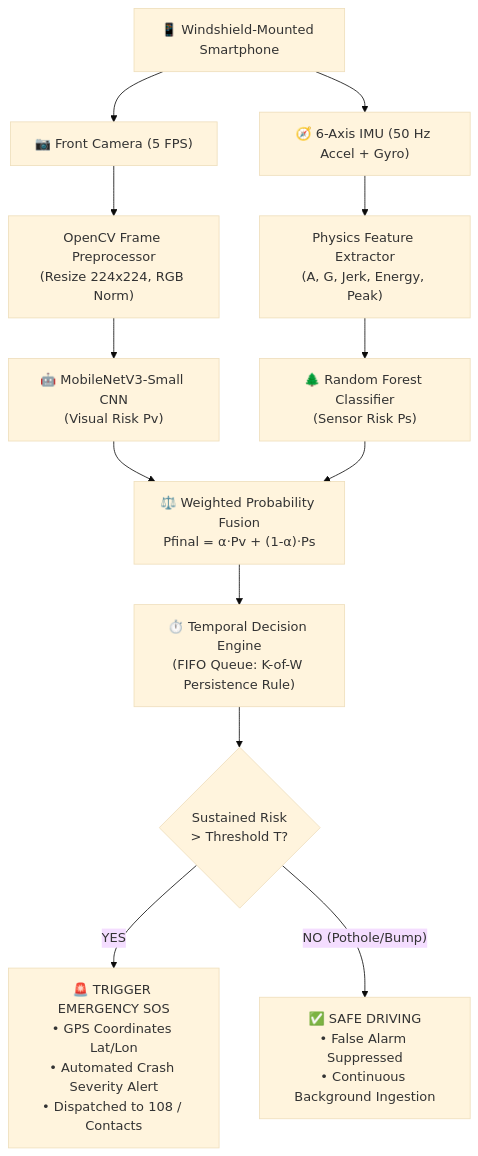
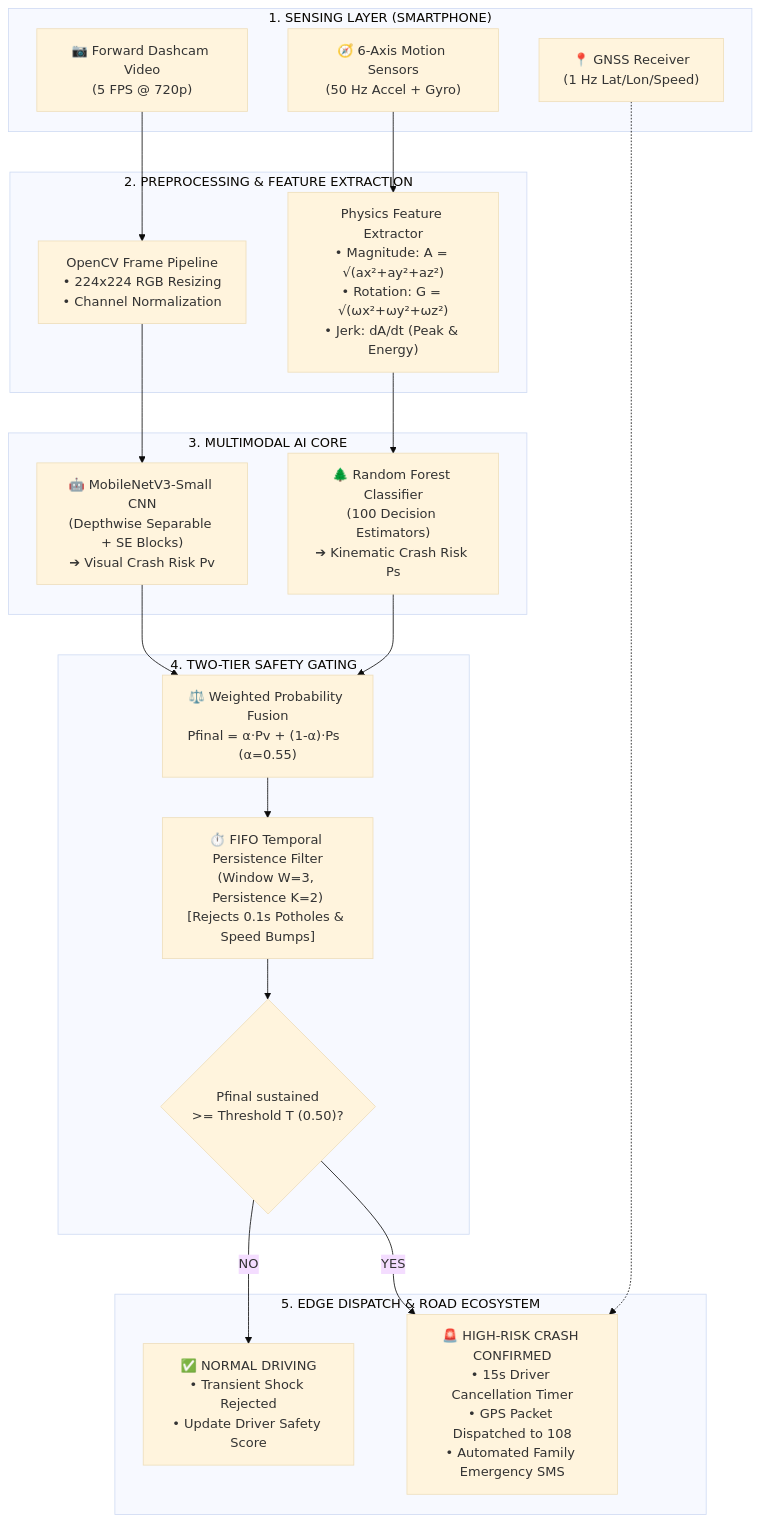
One commit to mrinmayee005/safe-road-ai changed the diagram in presentation_slides.md. Above: the diagram before and after it, drawn with Mermaid (base theme). The commit also changed other lines of this file, not shown here.

````diff
--- a/presentation_slides.md
+++ b/presentation_slides.md
@@ -143,21 +216,36 @@
 ```mermaid
 flowchart TD
-    A["📱 Windshield-Mounted Smartphone"] --> B["📷 Front Camera (5 FPS)"]
-    A --> C["🧭 6-Axis IMU (50 Hz Accel + Gyro)"]
-    
-    B --> D["OpenCV Frame Preprocessor\n(Resize 224x224, RGB Norm)"]
-    C --> E["Physics Feature Extractor\n(A, G, Jerk, Energy, Peak)"]
-    
-    D --> F["🤖 MobileNetV3-Small CNN\n(Visual Risk Pv)"]
-    E --> G["🌲 Random Forest Classifier\n(Sensor Risk Ps)"]
-    
-    F --> H["⚖️ Weighted Probability Fusion\nPfinal = α·Pv + (1-α)·Ps"]
-    G --> H
-    
-    H --> I["⏱️ Temporal Decision Engine\n(FIFO Queue: K-of-W Persistence Rule)"]
-    
-    I --> J{"Sustained Risk\n> Threshold T?"}
-    
-    J -- "YES" --> K["🚨 TRIGGER EMERGENCY SOS\n• GPS Coordinates Lat/Lon\n• Automated Crash Severity Alert\n• Dispatched to 108 / Contacts"]
-    J -- "NO (Pothole/Bump)" --> L["✅ SAFE DRIVING\n• False Alarm Suppressed\n• Continuous Background Ingestion"]
+    subgraph SENSING ["1. SENSING LAYER (SMARTPHONE)"]
+        CAM["📷 Forward Dashcam Video\n(5 FPS @ 720p)"]
+        IMU["🧭 6-Axis Motion Sensors\n(50 Hz Accel + Gyro)"]
+        GPS["📍 GNSS Receiver\n(1 Hz Lat/Lon/Speed)"]
+    end
+
+    subgraph PREPROC ["2. PREPROCESSING & FEATURE EXTRACTION"]
+        CV_PRE["OpenCV Frame Pipeline\n• 224x224 RGB Resizing\n• Channel Normalization"]
+        IMU_PRE["Physics Feature Extractor\n• Magnitude: A = √(ax²+ay²+az²)\n• Rotation: G = √(ωx²+ωy²+ωz²)\n• Jerk: dA/dt (Peak & Energy)"]
+    end
+
+    subgraph AI_CORE ["3. MULTIMODAL AI CORE"]
+        MNET["🤖 MobileNetV3-Small CNN\n(Depthwise Separable + SE Blocks)\n➔ Visual Crash Risk Pv"]
+        RF["🌲 Random Forest Classifier\n(100 Decision Estimators)\n➔ Kinematic Crash Risk Ps"]
+    end
+
+    subgraph DECISION ["4. TWO-TIER SAFETY GATING"]
+        FUSION["⚖️ Weighted Probability Fusion\nPfinal = α·Pv + (1-α)·Ps  (α=0.55)"]
+        FIFO["⏱️ FIFO Temporal Persistence Filter\n(Window W=3, Persistence K=2)\n[Rejects 0.1s Potholes & Speed Bumps]"]
+        GATE{"Pfinal sustained\n>= Threshold T (0.50)?"}
+    end
+
+    subgraph ACTION ["5. EDGE DISPATCH & ROAD ECOSYSTEM"]
+        SAFE["✅ NORMAL DRIVING\n• Transient Shock Rejected\n• Update Driver Safety Score"]
+        ALERT["🚨 HIGH-RISK CRASH CONFIRMED\n• 15s Driver Cancellation Timer\n• GPS Packet Dispatched to 108\n• Automated Family Emergency SMS"]
+    end
+
+    CAM --> CV_PRE --> MNET --> FUSION
+    IMU --> IMU_PRE --> RF --> FUSION
+    FUSION --> FIFO --> GATE
+    GATE -- "NO" --> SAFE
+    GATE -- "YES" --> ALERT
+    GPS -.-> ALERT
 ```
````
